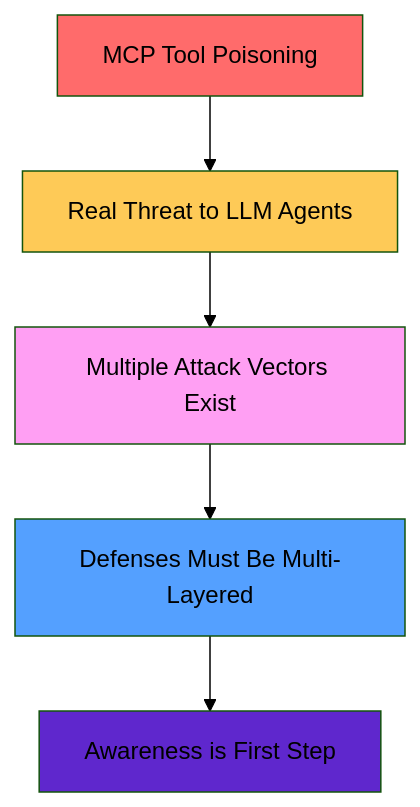
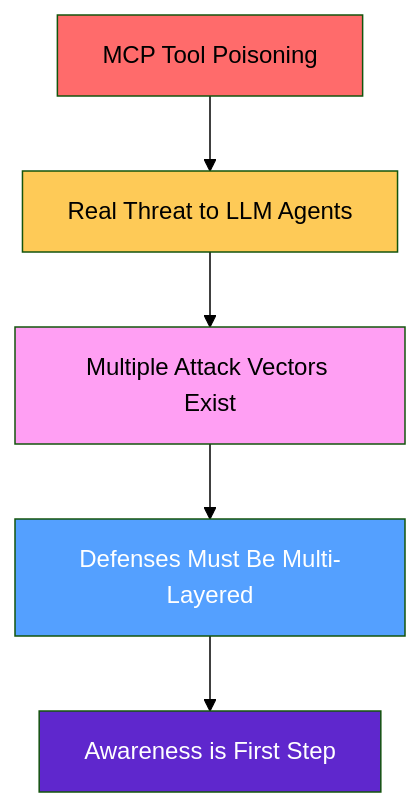
Diagram 16 of 16 in TOOL_POISONING_EXPLAINED.md (piyerx/MCP-Sentinel-Research), drawn with Mermaid (forest theme) before and after one commit. The commit also changed other lines of this file, not shown here.

Commit message:
fix diagram visibility for dark theme rendering

````diff
--- a/TOOL_POISONING_EXPLAINED.md
+++ b/TOOL_POISONING_EXPLAINED.md
@@ -439,13 +461,13 @@
 ```mermaid
 graph TD
     A[MCP Tool Poisoning] --> B[Real Threat to LLM Agents]
     B --> C[Multiple Attack Vectors Exist]
     C --> D[Defenses Must Be Multi-Layered]
     D --> E[Awareness is First Step]
     
-    style A fill:#ff6b6b
-    style B fill:#feca57
-    style C fill:#ff9ff3
-    style D fill:#54a0ff
-    style E fill:#5f27cd
+    style A fill:#ff6b6b,color:#000000
+    style B fill:#feca57,color:#000000
+    style C fill:#ff9ff3,color:#000000
+    style D fill:#54a0ff,color:#ffffff
+    style E fill:#5f27cd,color:#ffffff
 ```
````
